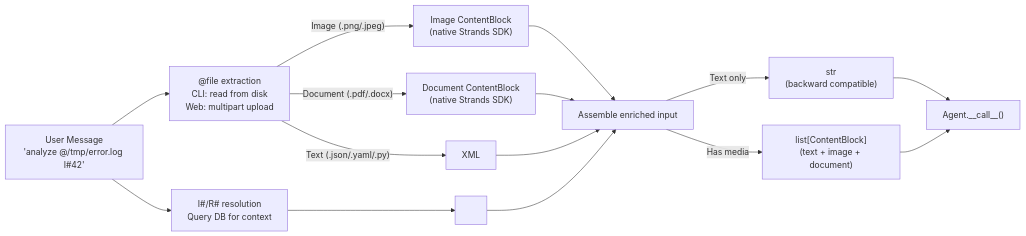
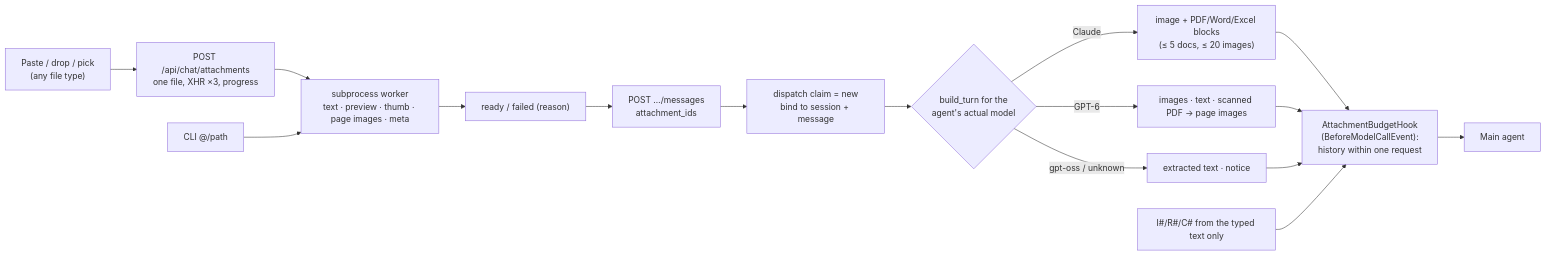
Diagram 15 of 21 in docs/WORKFLOW.md (LiboMa/agenticops-chat), drawn with Mermaid before and after one commit. The commit also changed other lines of this file and 5 other files, not shown here.

First line of the commit message:
docs(chat-attachments): usage, API, config, evidence

````diff
--- a/docs/WORKFLOW.md
+++ b/docs/WORKFLOW.md
@@ -691,24 +691,18 @@
 ```mermaid
 flowchart LR
-    INPUT["User Message<br/>'analyze @/tmp/error.log I#42'"]
-
-    INPUT --> FILE["@file extraction<br/>CLI: read from disk<br/>Web: multipart upload"]
-    INPUT --> REFS["I#/R# resolution<br/>Query DB for context"]
-
-    FILE -->|"Image (.png/.jpeg)"| IMG["Image ContentBlock<br/>(native Strands SDK)"]
-    FILE -->|"Document (.pdf/.docx)"| DOC["Document ContentBlock<br/>(native Strands SDK)"]
-    FILE -->|"Text (.json/.yaml/.py)"| TXT["<attached_file> XML"]
-
-    REFS --> CTX["<referenced_issue><br/><referenced_resource>"]
-
-    TXT --> ASSEMBLY["Assemble enriched input"]
-    CTX --> ASSEMBLY
-    IMG --> ASSEMBLY
-    DOC --> ASSEMBLY
-
-    ASSEMBLY -->|"Text only"| STR["str<br/>(backward compatible)"]
-    ASSEMBLY -->|"Has media"| BLOCKS["list[ContentBlock]<br/>(text + image + document)"]
-
-    STR --> AGENT["Agent.__call__()"]
-    BLOCKS --> AGENT
+    PICK["Paste / drop / pick<br/>(any file type)"] --> UP["POST /api/chat/attachments<br/>one file, XHR ×3, progress"]
+    UP --> WORKER["subprocess worker<br/>text · preview · thumb · page images · meta"]
+    WORKER --> READY["ready / failed (reason)"]
+    READY --> SEND["POST …/messages<br/>attachment_ids"]
+    CLI["CLI @/path"] --> WORKER
+    SEND --> CLAIM["dispatch claim = new<br/>bind to session + message"]
+    CLAIM --> DELIVER{"build_turn for the<br/>agent's actual model"}
+    DELIVER -->|"Claude"| NATIVE["image + PDF/Word/Excel blocks<br/>(≤ 5 docs, ≤ 20 images)"]
+    DELIVER -->|"GPT-6"| IMGONLY["images · text · scanned PDF → page images"]
+    DELIVER -->|"gpt-oss / unknown"| TEXT["extracted text · notice"]
+    NATIVE --> HOOK["AttachmentBudgetHook<br/>(BeforeModelCallEvent):<br/>history within one request"]
+    IMGONLY --> HOOK
+    TEXT --> HOOK
+    REFS["I#/R#/C# from the typed text only"] --> HOOK
+    HOOK --> AGENT["Main agent"]
 ```
````
